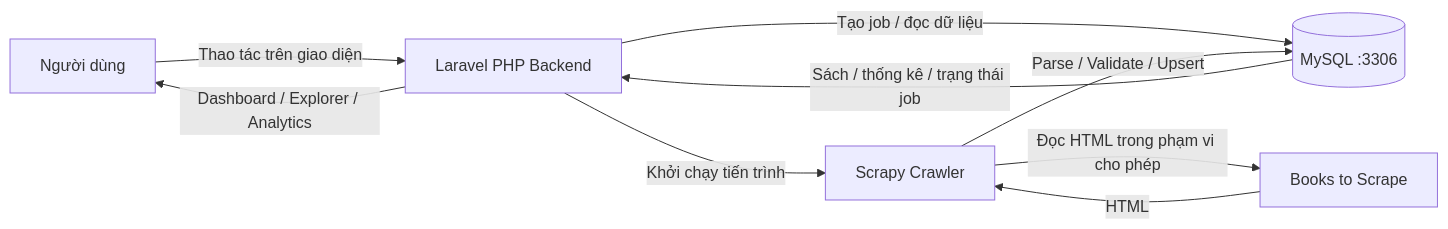
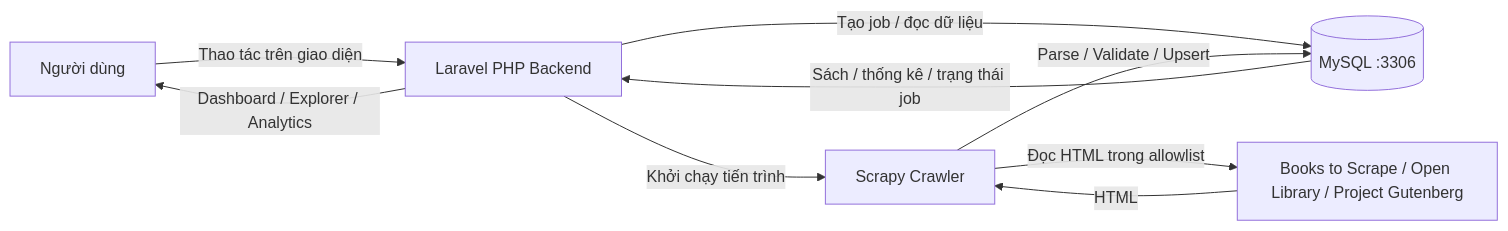
One commit to huytothevoz/LTW_ThucHanh changed the diagram in README.md. Above: the diagram before and after it, drawn with Mermaid. The commit also changed other lines of this file and 52 other files, not shown here.

````diff
--- a/README.md
+++ b/README.md
@@ -72,11 +72,11 @@
 ```mermaid
 flowchart LR
     A[Người dùng] -->|Thao tác trên giao diện| B[Laravel PHP Backend]
     B -->|Tạo job / đọc dữ liệu| C[(MySQL :3306)]
     B -->|Khởi chạy tiến trình| D[Scrapy Crawler]
-    D -->|Đọc HTML trong phạm vi cho phép| E[Books to Scrape]
+    D -->|Đọc HTML trong allowlist| E[Books to Scrape / Open Library / Project Gutenberg]
     E -->|HTML| D
     D -->|Parse / Validate / Upsert| C
     C -->|Sách / thống kê / trạng thái job| B
     B -->|Dashboard / Explorer / Analytics| A
 ```
````
